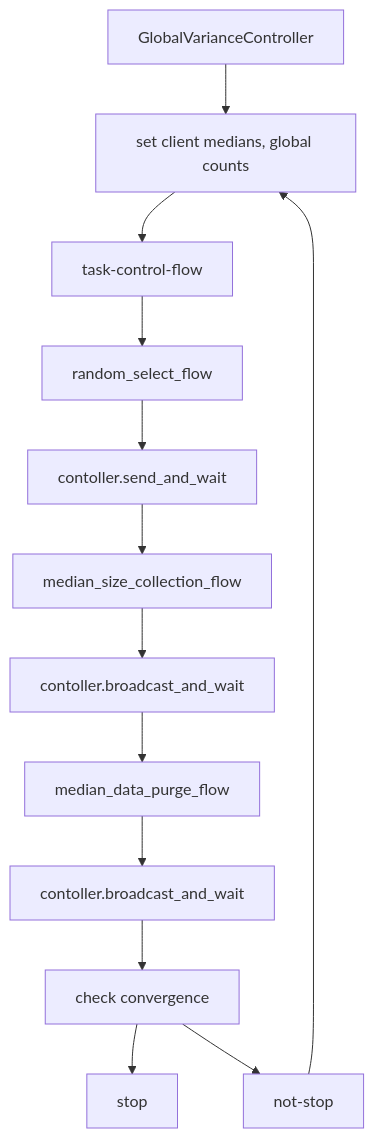
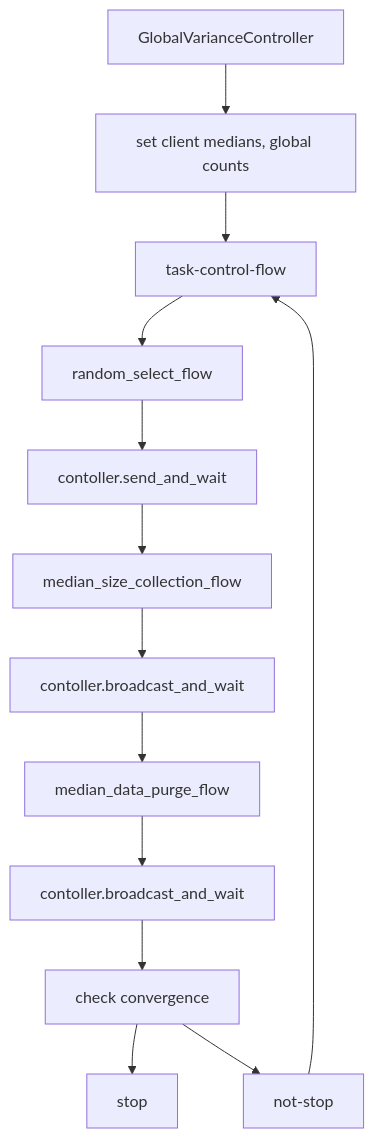
The third of 4 diagrams in examples/federated_statistics/README.MD (hitesh-ag1/NVFlare), drawn with Mermaid before and after one commit.

Commit message:
Add readme for the parts completed

````diff
--- a/examples/federated_statistics/README.MD
+++ b/examples/federated_statistics/README.MD
@@ -152,17 +152,17 @@
 ```mermaid
 graph TD;
     A[GlobalVarianceController]-->B[set client medians, global counts];
     B-->C[task-control-flow];
     C-->C1[random_select_flow];
     C1-->C2[contoller.send_and_wait];
 
     C2-->D1[median_size_collection_flow];
     D1-->D2[contoller.broadcast_and_wait]; 
     
     D2-->F1[median_data_purge_flow];
     F1-->F2[contoller.broadcast_and_wait]; 
     F2-->F[check convergence];
     F-->E1[stop];
     F-->E2[not-stop];
-    E2-->B
+    E2-->C
 ```
````
